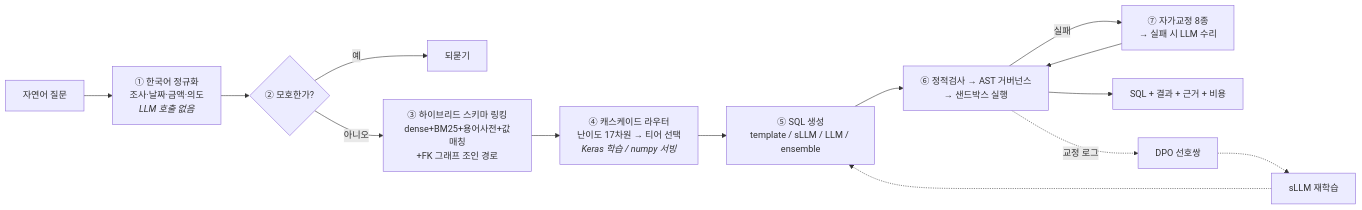
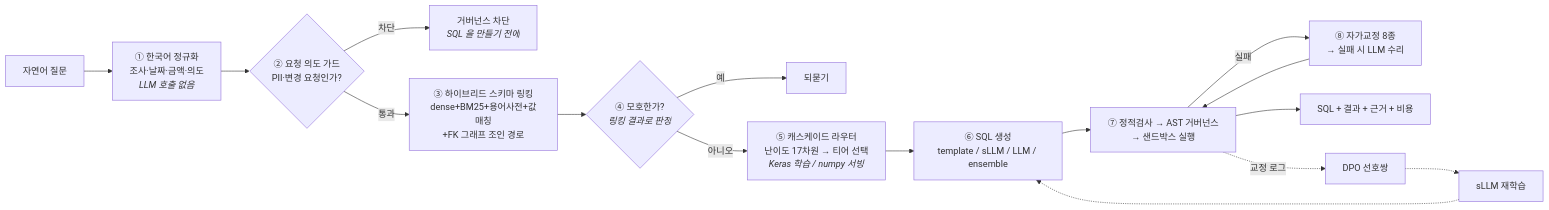
Before and after one commit to sokldjs554/aegis-sql: the diagram in README.md, drawn with Mermaid. The commit also changed other lines of this file and 5 other files, not shown here.

````diff
--- a/README.md
+++ b/README.md
@@ -328,16 +328,18 @@
 ```mermaid
 flowchart LR
     Q["자연어 질문"] --> N["① 한국어 정규화<br/>조사·날짜·금액·의도<br/><i>LLM 호출 없음</i>"]
-    N --> A{"② 모호한가?"}
+    N --> IG{"② 요청 의도 가드<br/>PII·변경 요청인가?"}
+    IG -->|차단| B["거버넌스 차단<br/><i>SQL 을 만들기 전에</i>"]
+    IG -->|통과| L["③ 하이브리드 스키마 링킹<br/>dense+BM25+용어사전+값매칭<br/>+FK 그래프 조인 경로"]
+    L --> A{"④ 모호한가?<br/><i>링킹 결과로 판정</i>"}
     A -->|예| C["되묻기"]
-    A -->|아니오| L["③ 하이브리드 스키마 링킹<br/>dense+BM25+용어사전+값매칭<br/>+FK 그래프 조인 경로"]
-    L --> R["④ 캐스케이드 라우터<br/>난이도 17차원 → 티어 선택<br/><i>Keras 학습 / numpy 서빙</i>"]
-    R --> G["⑤ SQL 생성<br/>template / sLLM / LLM / ensemble"]
-    G --> V["⑥ 정적검사 → AST 거버넌스<br/>→ 샌드박스 실행"]
-    V -->|실패| F["⑦ 자가교정 8종<br/>→ 실패 시 LLM 수리"]
+    A -->|아니오| R["⑤ 캐스케이드 라우터<br/>난이도 17차원 → 티어 선택<br/><i>Keras 학습 / numpy 서빙</i>"]
+    R --> G["⑥ SQL 생성<br/>template / sLLM / LLM / ensemble"]
+    G --> V["⑦ 정적검사 → AST 거버넌스<br/>→ 샌드박스 실행"]
+    V -->|실패| F["⑧ 자가교정 8종<br/>→ 실패 시 LLM 수리"]
     F --> V
     V --> O["SQL + 결과 + 근거 + 비용"]
     V -.->|"교정 로그"| DP["DPO 선호쌍"]
     DP -.-> SLM["sLLM 재학습"]
     SLM -.-> G
 ```
````
